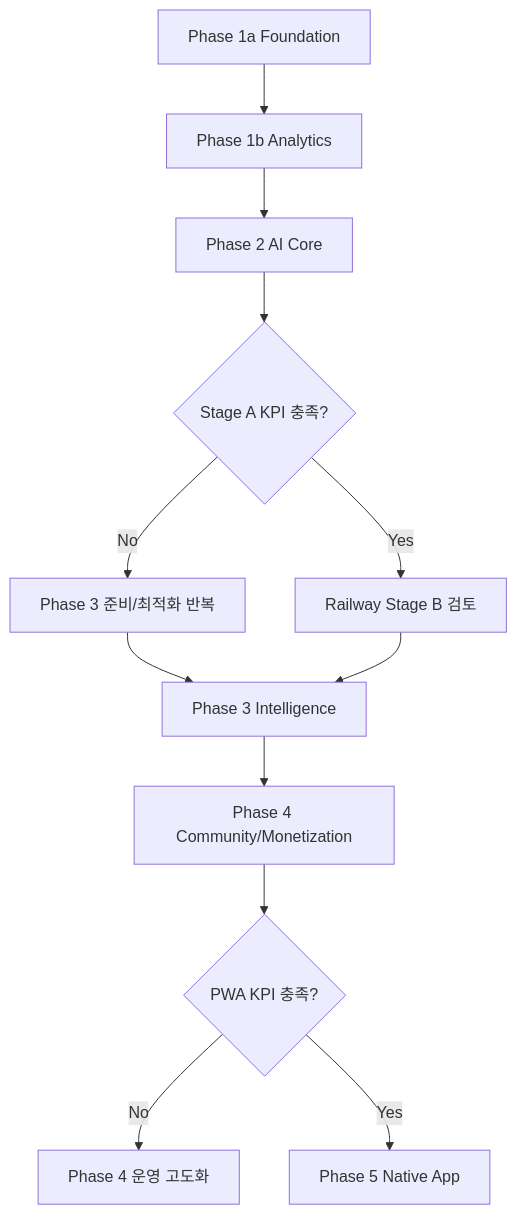
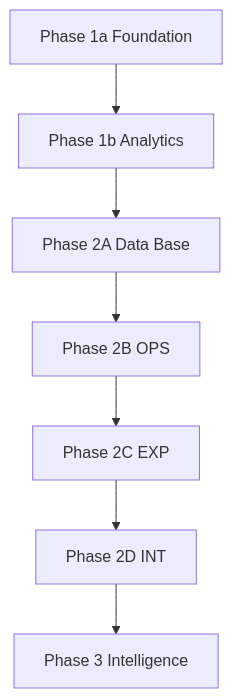
Before and after one commit to x0to1log/0to1log: the diagram in docs/IMPLEMENTATION_PLAN.md, drawn with Mermaid. The commit also changed other lines of this file and 5 other files, not shown here.

````diff
--- a/docs/IMPLEMENTATION_PLAN.md
+++ b/docs/IMPLEMENTATION_PLAN.md
@@ -30,14 +34,9 @@
 ```mermaid
 flowchart TD
   P1A[Phase 1a Foundation] --> P1B[Phase 1b Analytics]
-  P1B --> P2[Phase 2 AI Core]
-  P2 --> G1{Stage A KPI 충족?}
-  G1 -- No --> P3A[Phase 3 준비/최적화 반복]
-  G1 -- Yes --> P3B[Railway Stage B 검토]
-  P3A --> P3[Phase 3 Intelligence]
-  P3B --> P3
-  P3 --> P4[Phase 4 Community/Monetization]
-  P4 --> G2{PWA KPI 충족?}
-  G2 -- No --> P4R[Phase 4 운영 고도화]
-  G2 -- Yes --> P5[Phase 5 Native App]
+  P1B --> P2A[Phase 2A Data Base]
+  P2A --> P2B[Phase 2B OPS]
+  P2B --> P2C[Phase 2C EXP]
+  P2C --> P2D[Phase 2D INT]
+  P2D --> P3[Phase 3 Intelligence]
 ```
````
